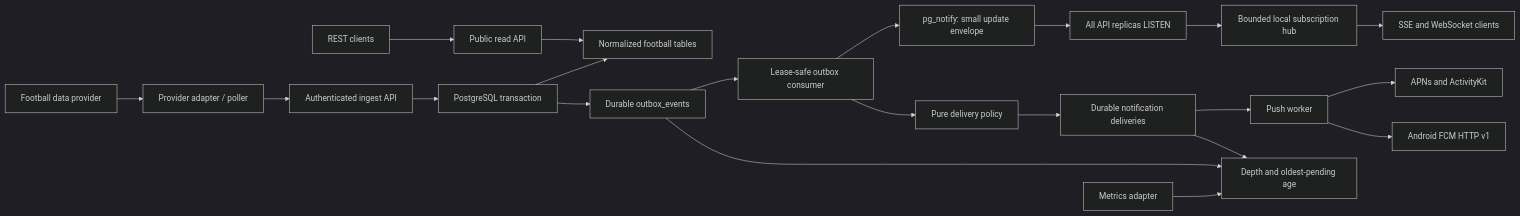
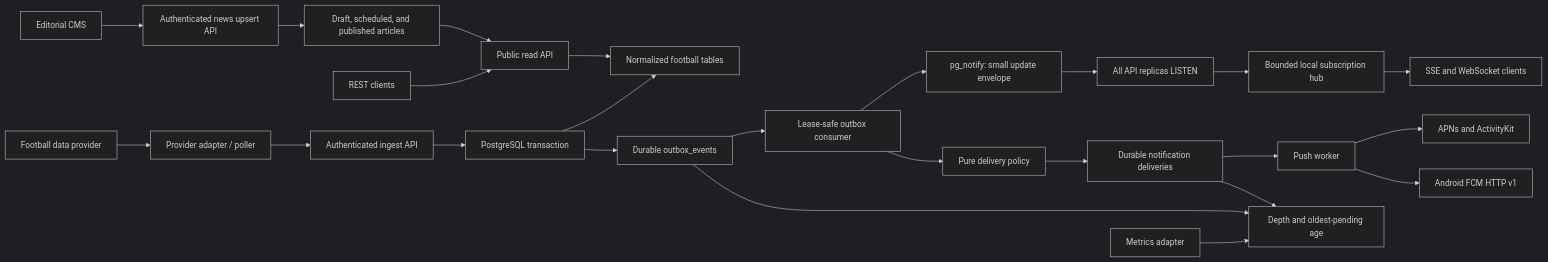
One commit to pabloadvisory/ssb-backend changed the diagram in docs/architecture.md. Above: the diagram before and after it, drawn with Mermaid (dark theme). The commit also changed other lines of this file and 18 other files, not shown here.

Commit message:
Add news publishing and feed API

````diff
--- a/docs/architecture.md
+++ b/docs/architecture.md
@@ -32,23 +32,26 @@
 ```mermaid
 flowchart LR
     Provider["Football data provider"] --> Adapter["Provider adapter / poller"]
     Adapter --> Ingest["Authenticated ingest API"]
     Ingest --> TX["PostgreSQL transaction"]
     TX --> Core["Normalized football tables"]
     TX --> Outbox["Durable outbox_events"]
     Outbox --> Consumer["Lease-safe outbox consumer"]
     Consumer --> Notify["pg_notify: small update envelope"]
     Notify --> Replicas["All API replicas LISTEN"]
     Replicas --> Hub["Bounded local subscription hub"]
     Hub --> SSE["SSE and WebSocket clients"]
     Consumer --> Policy["Pure delivery policy"]
     Policy --> Queue["Durable notification deliveries"]
     Queue --> PushWorker["Push worker"]
     PushWorker --> APNs["APNs and ActivityKit"]
     PushWorker --> FCM["Android FCM HTTP v1"]
     Metrics["Metrics adapter"] --> QueueHealth["Depth and oldest-pending age"]
     Outbox --> QueueHealth
     Queue --> QueueHealth
     Clients["REST clients"] --> ReadAPI["Public read API"]
     ReadAPI --> Core
+    CMS["Editorial CMS"] --> EditorialAPI["Authenticated news upsert API"]
+    EditorialAPI --> News["Draft, scheduled, and published articles"]
+    News --> ReadAPI
 ```
````
